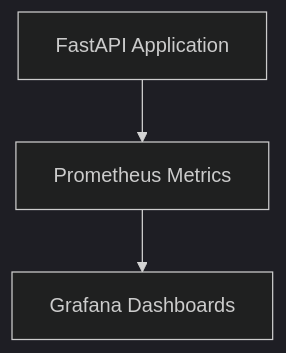
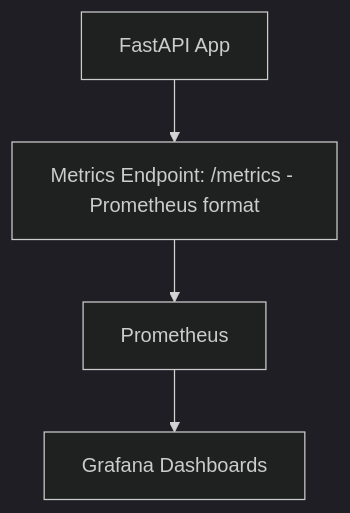
The third of 4 diagrams in docs/ARCHITECTURE.md (krnmah/aiiis), drawn with Mermaid (dark theme) before and after one commit. The commit also changed other lines of this file and 28 other files, not shown here.

````diff
--- a/docs/ARCHITECTURE.md
+++ b/docs/ARCHITECTURE.md
@@ -116,7 +70,6 @@
 ```mermaid
 flowchart TD
-
-A[FastAPI Application] --> B[Prometheus Metrics]
-
-B --> C[Grafana Dashboards]
+App[FastAPI App] --> Metrics[Metrics Endpoint: /metrics - Prometheus format];
+Metrics --> Prom[Prometheus];
+Prom --> Grafana[Grafana Dashboards];
 ```
````
